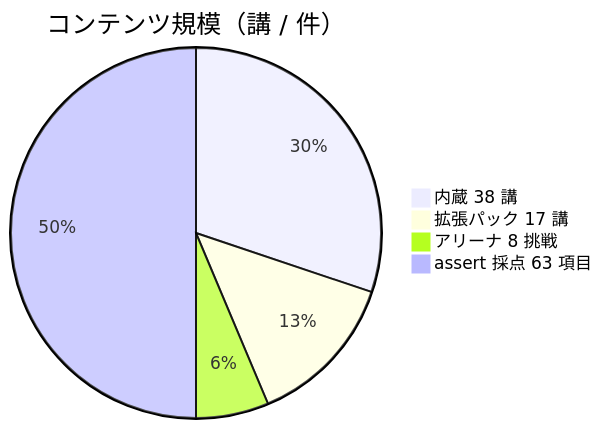
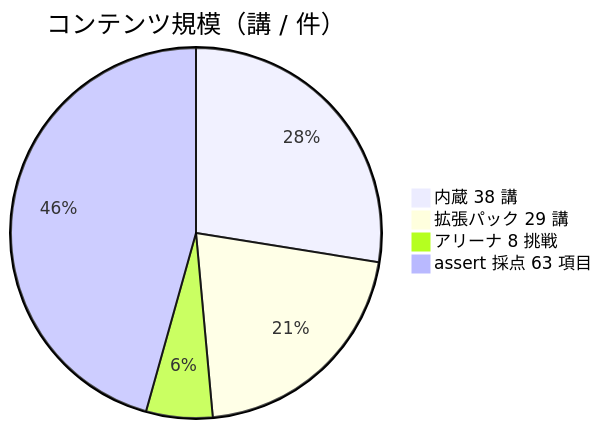
The third of 4 diagrams in README.ja-JP.md (Morningstar202604/mashang), drawn with Mermaid before and after one commit. The commit also changed other lines of this file and 10 other files, not shown here.

````diff
--- a/README.ja-JP.md
+++ b/README.ja-JP.md
@@ -91,7 +91,7 @@
 ```mermaid
 pie title コンテンツ規模（講 / 件）
     "内蔵 38 講" : 38
-    "拡張パック 17 講" : 17
+    "拡張パック 29 講" : 29
     "アリーナ 8 挑戦" : 8
     "assert 採点 63 項目" : 63
 ```
````
